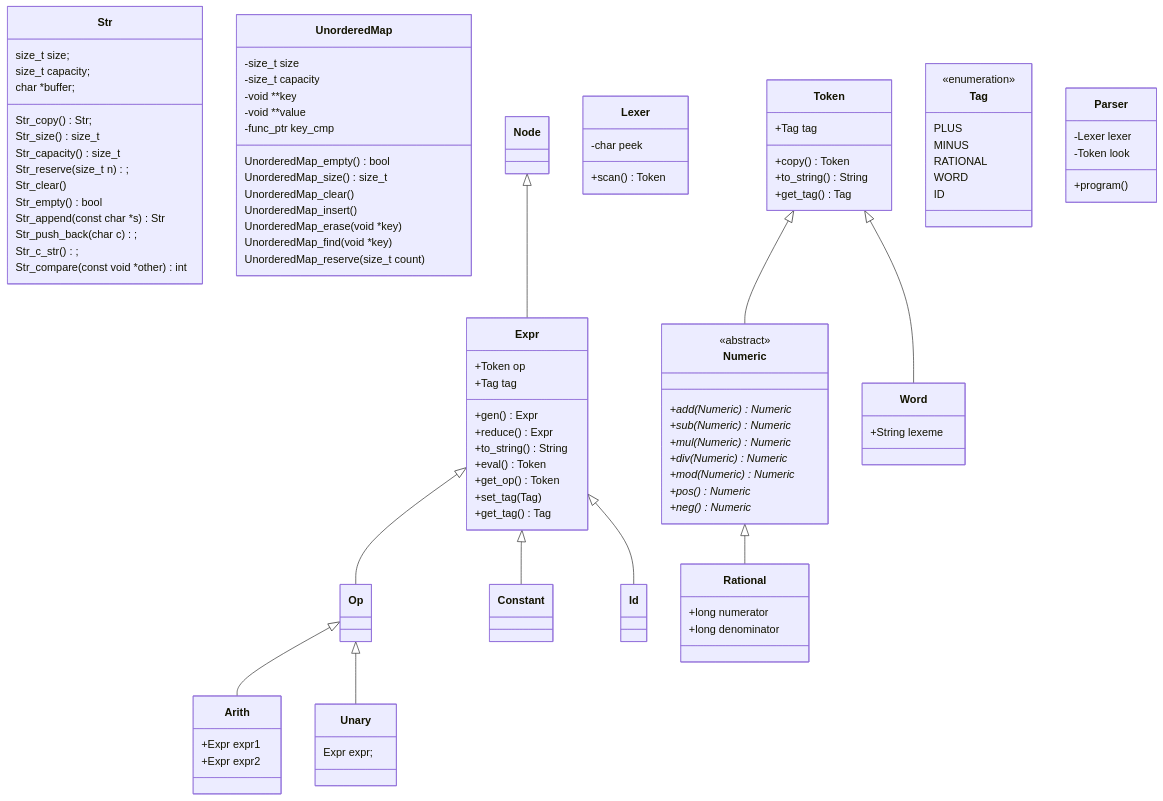
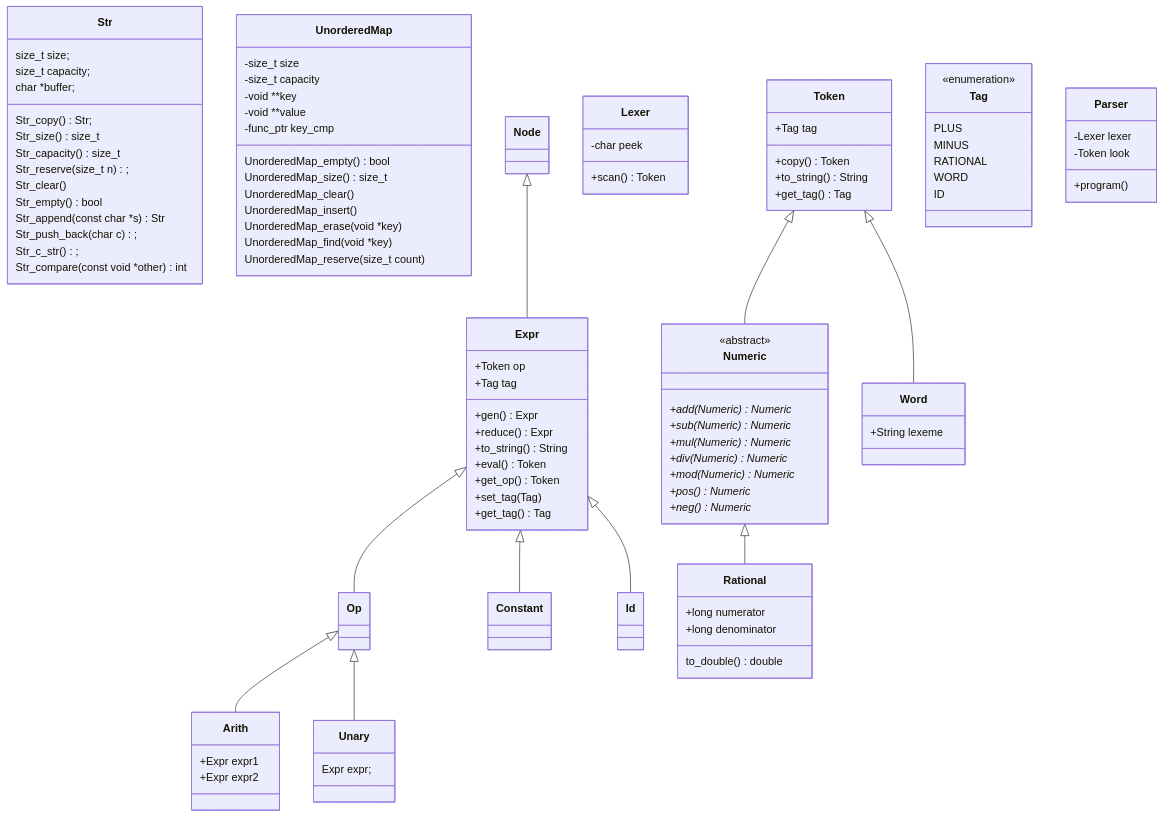
One commit to nwhean/42_computorv changed the diagram in diagram.md. Above: the diagram before and after it, drawn with Mermaid. The commit also changed 7 other files, not shown here.

```diff
--- a/diagram.md
+++ b/diagram.md
@@ -93,6 +93,7 @@
 	class Rational {
 		+long numerator
 		+long denominator
+		to_double() double
 	}
 
 	class Tag {
```
